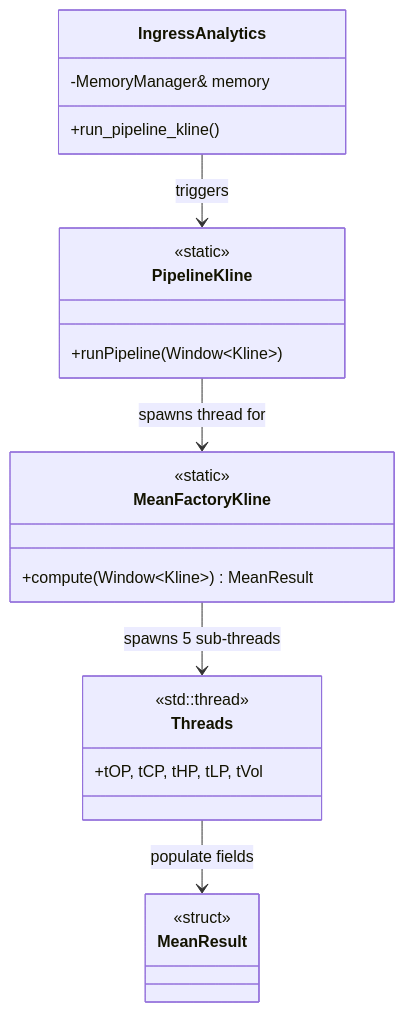
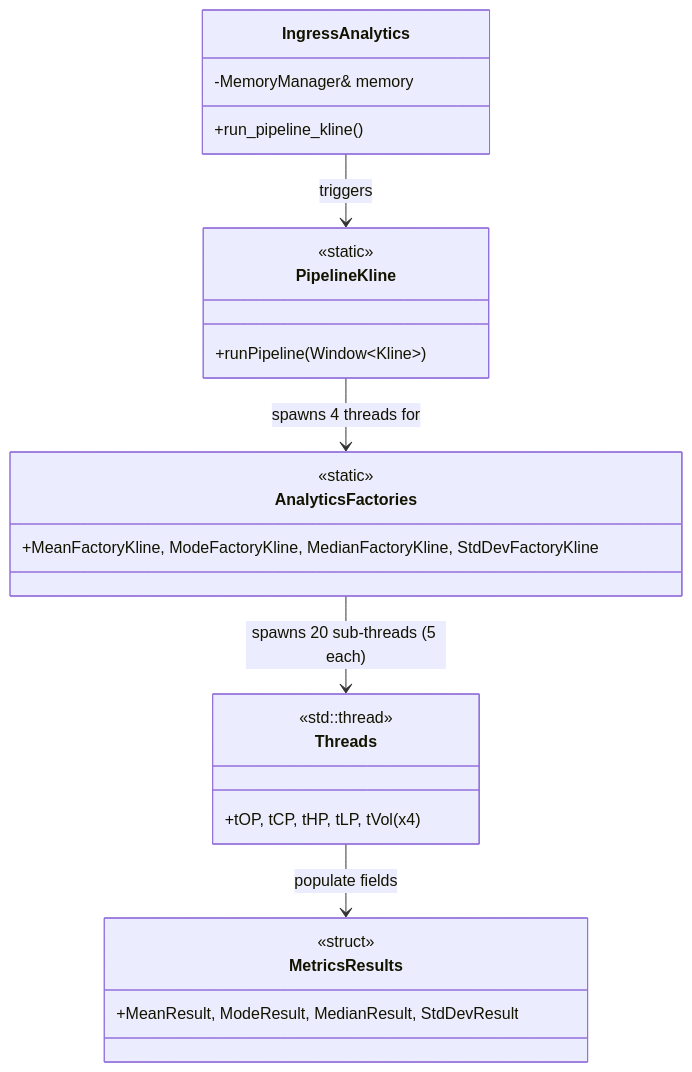
The fifth of 6 diagrams in docs/thread_mechanics.md (salmanamir95/rt-da-btc), drawn with Mermaid before and after one commit. The commit also changed other lines of this file and 1 other file, not shown here.

````diff
--- a/docs/thread_mechanics.md
+++ b/docs/thread_mechanics.md
@@ -131,27 +131,28 @@
 ```mermaid
 classDiagram
     class IngressAnalytics {
         -MemoryManager& memory
         +run_pipeline_kline()
     }
     class PipelineKline {
         <<static>>
         +runPipeline(Window~Kline~)
     }
-    class MeanFactoryKline {
+    class AnalyticsFactories {
         <<static>>
-        +compute(Window~Kline~) MeanResult
+        +MeanFactoryKline, ModeFactoryKline, MedianFactoryKline, StdDevFactoryKline
     }
     class Threads {
         <<std::thread>>
-        +tOP, tCP, tHP, tLP, tVol
+        +tOP, tCP, tHP, tLP, tVol (x4)
     }
-    class MeanResult {
+    class MetricsResults {
         <<struct>>
+        +MeanResult, ModeResult, MedianResult, StdDevResult
     }
 
     IngressAnalytics --> PipelineKline : triggers
-    PipelineKline --> MeanFactoryKline : spawns thread for
-    MeanFactoryKline --> Threads : spawns 5 sub-threads
-    Threads --> MeanResult : populate fields
+    PipelineKline --> AnalyticsFactories : spawns 4 threads for
+    AnalyticsFactories --> Threads : spawns 20 sub-threads (5 each)
+    Threads --> MetricsResults : populate fields
 ```
````
